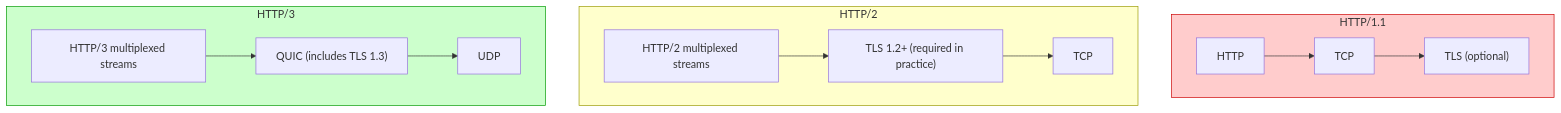
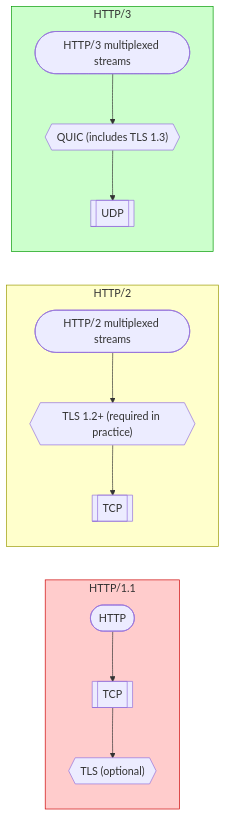
One commit to saivamsikaruturi/vamsilabs-dev-notes-main changed the seventh of 7 diagrams in docs/https.md. Above: the diagram before and after it, drawn with Mermaid. The commit also changed other lines of this file and 146 other files, not shown here.

Commit message:
Horizontal diagrams, UML class diagrams, typography overhaul, and permalink cleanup

````diff
--- a/docs/https.md
+++ b/docs/https.md
@@ -330,21 +330,21 @@
 ```mermaid
-flowchart TD
+flowchart LR
     subgraph HTTP1["HTTP/1.1"]
-        H1[HTTP] --> TCP1[TCP]
-        TCP1 --> TLS1["TLS (optional)"]
+        H1(["HTTP"]) --> TCP1[["TCP"]]
+        TCP1 --> TLS1{{"TLS (optional)"}}
     end
 
     subgraph HTTP2["HTTP/2"]
-        H2[HTTP/2 multiplexed streams] --> TLS2["TLS 1.2+ (required in practice)"]
-        TLS2 --> TCP2[TCP]
+        H2(["HTTP/2 multiplexed streams"]) --> TLS2{{"TLS 1.2+ (required in practice)"}}
+        TLS2 --> TCP2[["TCP"]]
     end
 
     subgraph HTTP3["HTTP/3"]
-        H3[HTTP/3 multiplexed streams] --> QUIC["QUIC (includes TLS 1.3)"]
-        QUIC --> UDP[UDP]
+        H3(["HTTP/3 multiplexed streams"]) --> QUIC{{"QUIC (includes TLS 1.3)"}}
+        QUIC --> UDP[["UDP"]]
     end
 
     style HTTP1 fill:#ffcccc,stroke:#cc0000
     style HTTP2 fill:#ffffcc,stroke:#999900
     style HTTP3 fill:#ccffcc,stroke:#009900
 ```
````
